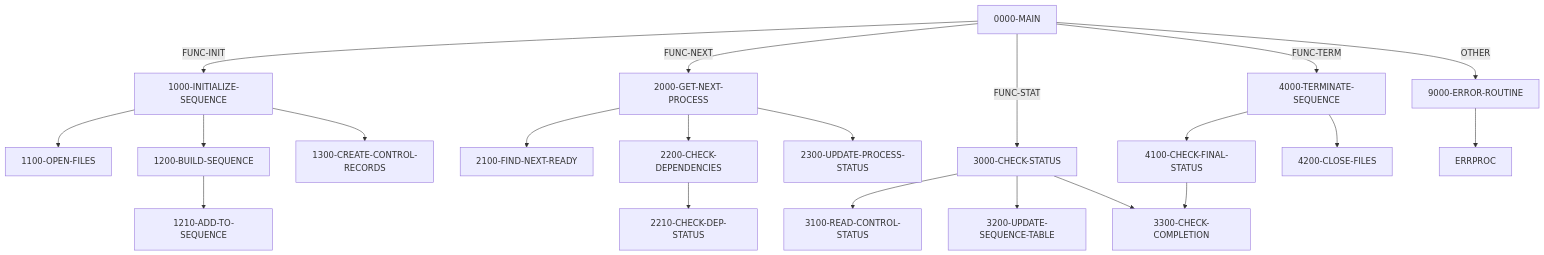
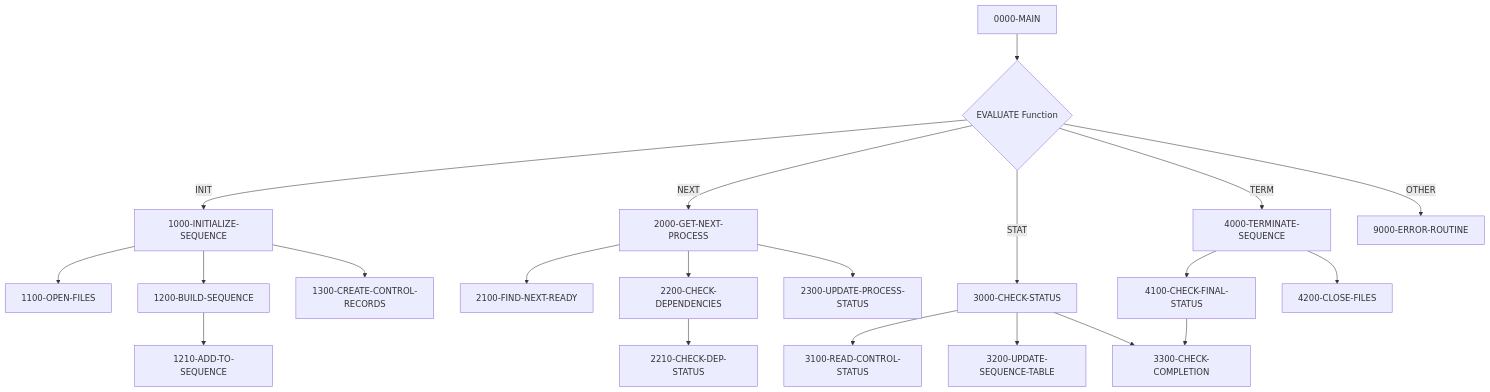
The diagram in docs/programs/PRCSEQ00.mdx (haladir-com/legacy-benchmark-docs-vb70e1), drawn with Mermaid before and after one commit. The commit also changed other lines of this file and 63 other files, not shown here.

````diff
--- a/docs/programs/PRCSEQ00.mdx
+++ b/docs/programs/PRCSEQ00.mdx
@@ -20,31 +16,27 @@
 ```mermaid
 graph TD
-    A[0000-MAIN] -->|FUNC-INIT| B[1000-INITIALIZE-SEQUENCE]
-    A -->|FUNC-NEXT| C[2000-GET-NEXT-PROCESS]
-    A -->|FUNC-STAT| D[3000-CHECK-STATUS]
-    A -->|FUNC-TERM| E[4000-TERMINATE-SEQUENCE]
-    A -->|OTHER| F[9000-ERROR-ROUTINE]
+    A[0000-MAIN] --> B{EVALUATE Function}
+    B -->|INIT| C[1000-INITIALIZE-SEQUENCE]
+    B -->|NEXT| D[2000-GET-NEXT-PROCESS]
+    B -->|STAT| E[3000-CHECK-STATUS]
+    B -->|TERM| F[4000-TERMINATE-SEQUENCE]
+    B -->|OTHER| G[9000-ERROR-ROUTINE]
     
-    B --> B1[1100-OPEN-FILES]
-    B --> B2[1200-BUILD-SEQUENCE]
-    B --> B3[1300-CREATE-CONTROL-RECORDS]
+    C --> C1[1100-OPEN-FILES]
+    C --> C2[1200-BUILD-SEQUENCE]
+    C --> C3[1300-CREATE-CONTROL-RECORDS]
+    C2 --> C2a[1210-ADD-TO-SEQUENCE]
     
-    B2 --> B2A[1210-ADD-TO-SEQUENCE]
+    D --> D1[2100-FIND-NEXT-READY]
+    D --> D2[2200-CHECK-DEPENDENCIES]
+    D --> D3[2300-UPDATE-PROCESS-STATUS]
+    D2 --> D2a[2210-CHECK-DEP-STATUS]
     
-    C --> C1[2100-FIND-NEXT-READY]
-    C --> C2[2200-CHECK-DEPENDENCIES]
-    C --> C3[2300-UPDATE-PROCESS-STATUS]
+    E --> E1[3100-READ-CONTROL-STATUS]
+    E --> E2[3200-UPDATE-SEQUENCE-TABLE]
+    E --> E3[3300-CHECK-COMPLETION]
     
-    C2 --> C2A[2210-CHECK-DEP-STATUS]
-    
-    D --> D1[3100-READ-CONTROL-STATUS]
-    D --> D2[3200-UPDATE-SEQUENCE-TABLE]
-    D --> D3[3300-CHECK-COMPLETION]
-    
-    E --> E1[4100-CHECK-FINAL-STATUS]
-    E --> E2[4200-CLOSE-FILES]
-    
-    E1 --> D3
-    
-    F --> ERR[ERRPROC]
+    F --> F1[4100-CHECK-FINAL-STATUS]
+    F --> F2[4200-CLOSE-FILES]
+    F1 --> E3
 ```
````
